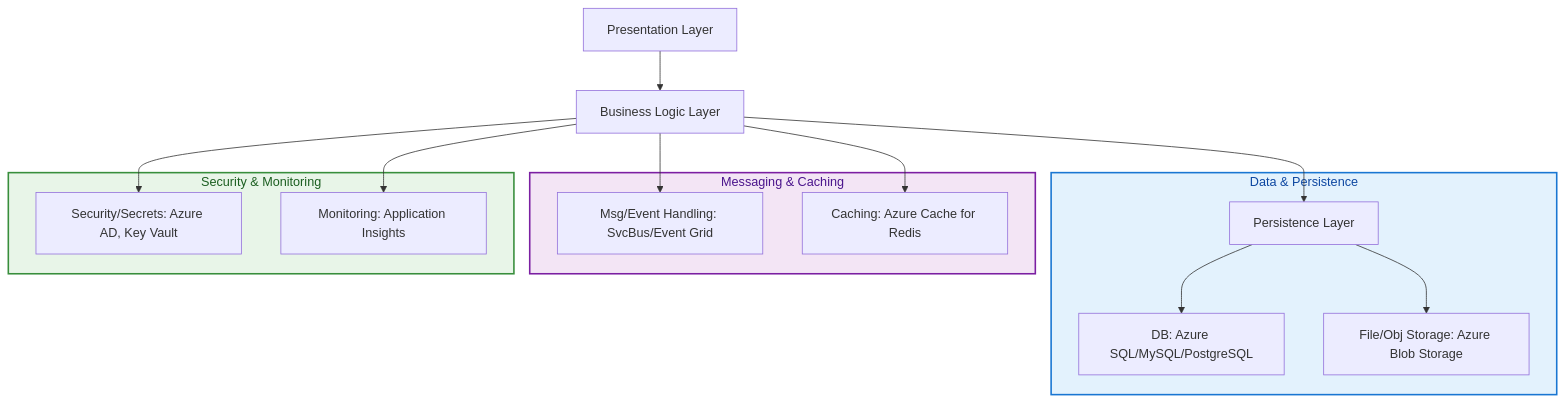
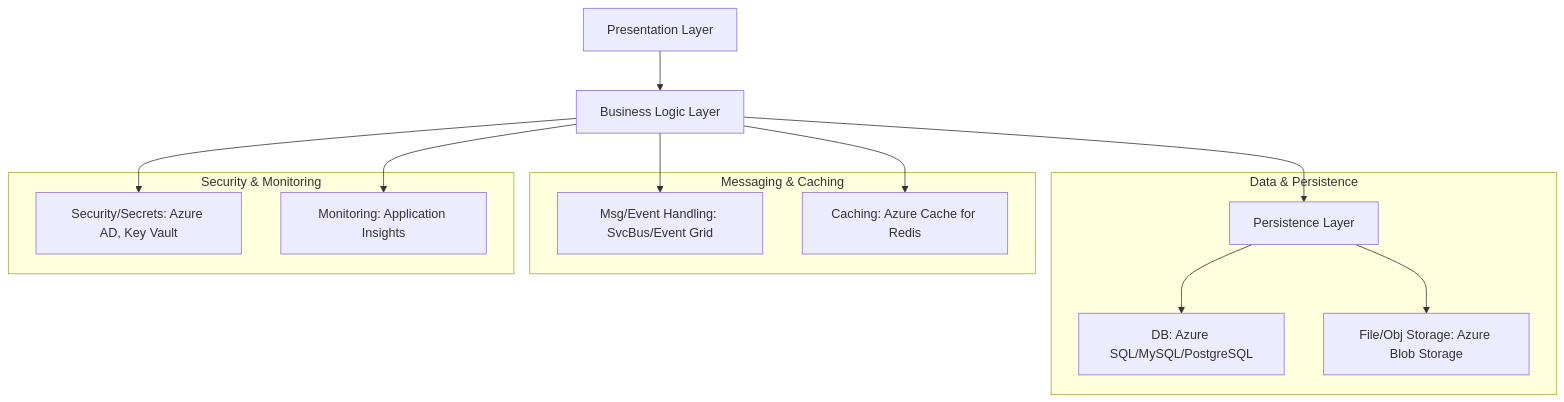
One commit to cassmastern/lers-sandbox changed the first of 5 diagrams in docs/sec_cloud/jakarta-ee-azure.md. Above: the diagram before and after it, drawn with Mermaid. The commit also changed 13 other files, not shown here.

````diff
--- a/docs/sec_cloud/jakarta-ee-azure.md
+++ b/docs/sec_cloud/jakarta-ee-azure.md
@@ -60,38 +60,30 @@
 ```mermaid
 flowchart TD
     A["Presentation Layer"]
     B["Business Logic Layer"]
     
     subgraph DataLayer ["Data & Persistence"]
         C["Persistence Layer"]
         D["DB: Azure SQL/MySQL/PostgreSQL"]
         E["File/Obj Storage: Azure Blob Storage"]
     end
     
     subgraph MessagingCache ["Messaging & Caching"]
         F["Msg/Event Handling: SvcBus/Event Grid"]
         G["Caching: Azure Cache for Redis"]
     end
     
     subgraph CrossCutting ["Security & Monitoring"]
         H["Security/Secrets: Azure AD, Key Vault"]
         I["Monitoring: Application Insights"]
     end
     
     A --> B
     B --> C
     C --> D
     C --> E
     B --> F
     B --> G
     B --> H
     B --> I
-    
-    classDef dataStyle fill:#e3f2fd,stroke:#1976d2,stroke-width:2px,color:#0d47a1
-    classDef msgStyle fill:#f3e5f5,stroke:#7b1fa2,stroke-width:2px,color:#4a148c
-    classDef crossStyle fill:#e8f5e8,stroke:#388e3c,stroke-width:2px,color:#1b5e20
-    
-    class DataLayer dataStyle
-    class MessagingCache msgStyle
-    class CrossCutting crossStyle
 ```
````
